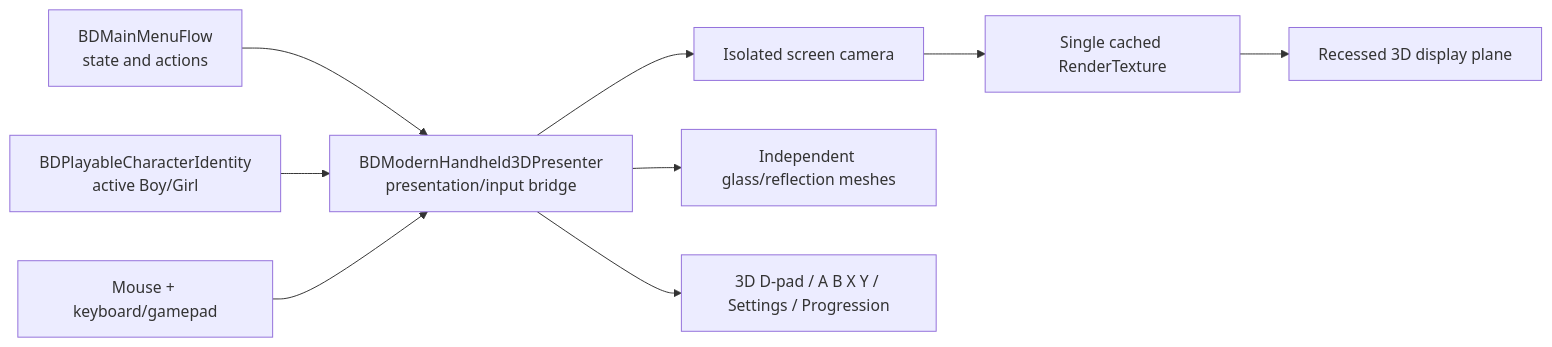
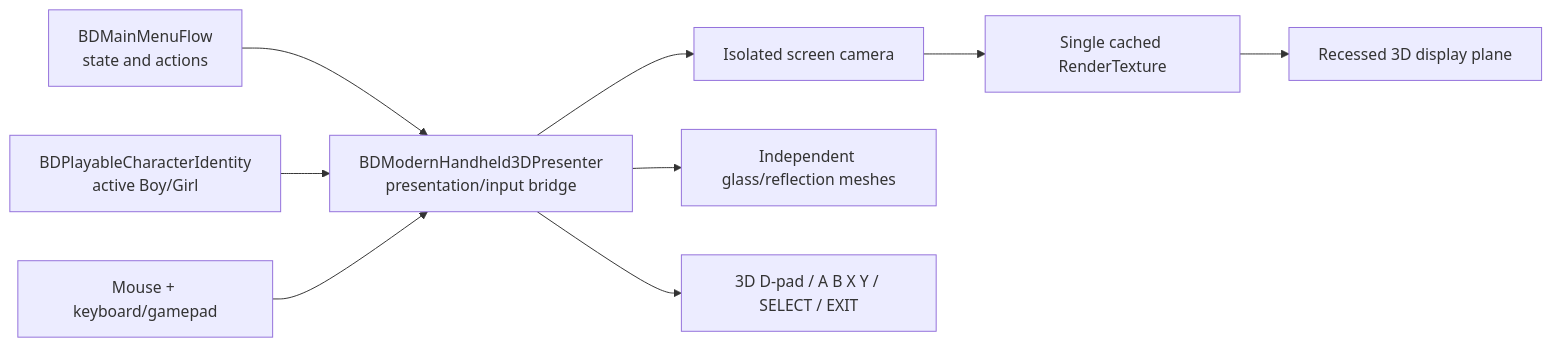
Before and after one commit to barakbenhur1/Boredom-and-Dungeons: the fourth of 4 diagrams in ProjectGuide/Engineering/ARCHITECTURE.md, drawn with Mermaid. The commit also changed other lines of this file and 46 other files, not shown here.

````diff
--- a/ProjectGuide/Engineering/ARCHITECTURE.md
+++ b/ProjectGuide/Engineering/ARCHITECTURE.md
@@ -269,14 +274,14 @@
 ```mermaid
 flowchart LR
     F[BDMainMenuFlow
 state and actions] --> P[BDModernHandheld3DPresenter
 presentation/input bridge]
     C[BDPlayableCharacterIdentity
 active Boy/Girl] --> P
     P --> SC[Isolated screen camera]
     SC --> RT[Single cached RenderTexture]
     RT --> DP[Recessed 3D display plane]
     P --> GL[Independent glass/reflection meshes]
-    P --> HW[3D D-pad / A B X Y / Settings / Progression]
+    P --> HW[3D D-pad / A B X Y / SELECT / EXIT]
     M[Mouse + keyboard/gamepad] --> P
 ```
````
